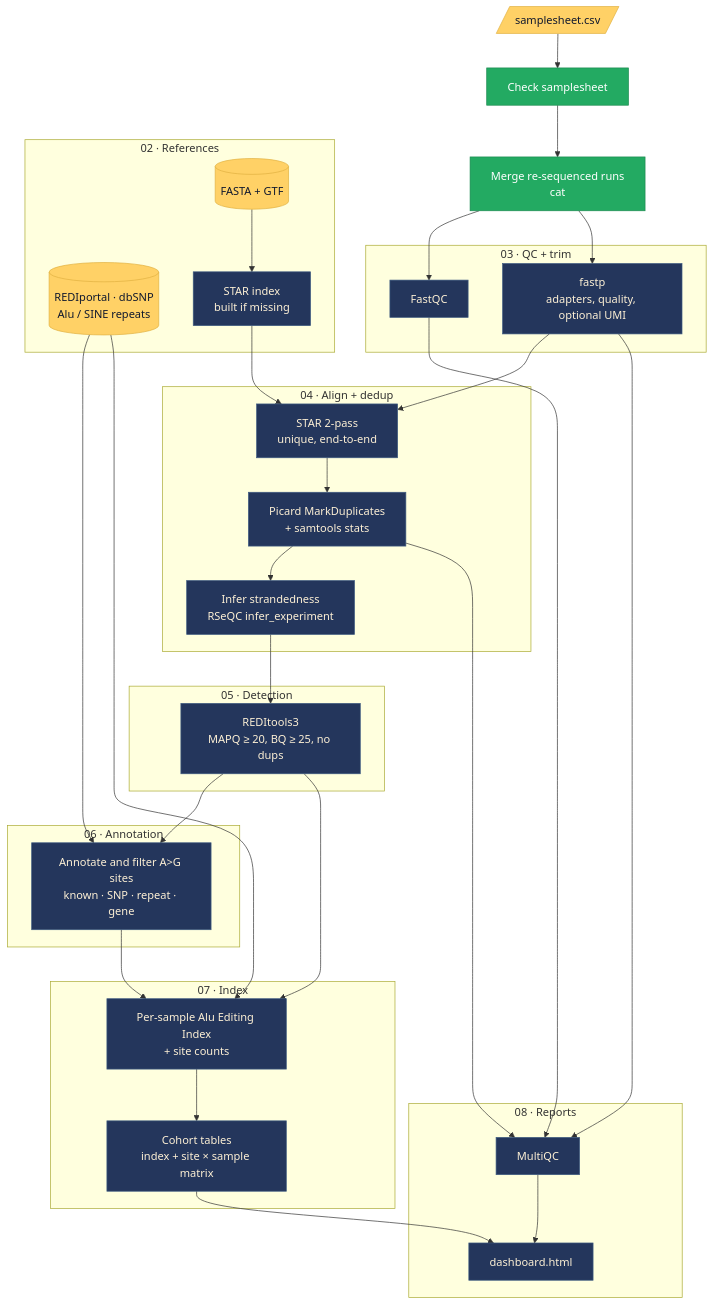
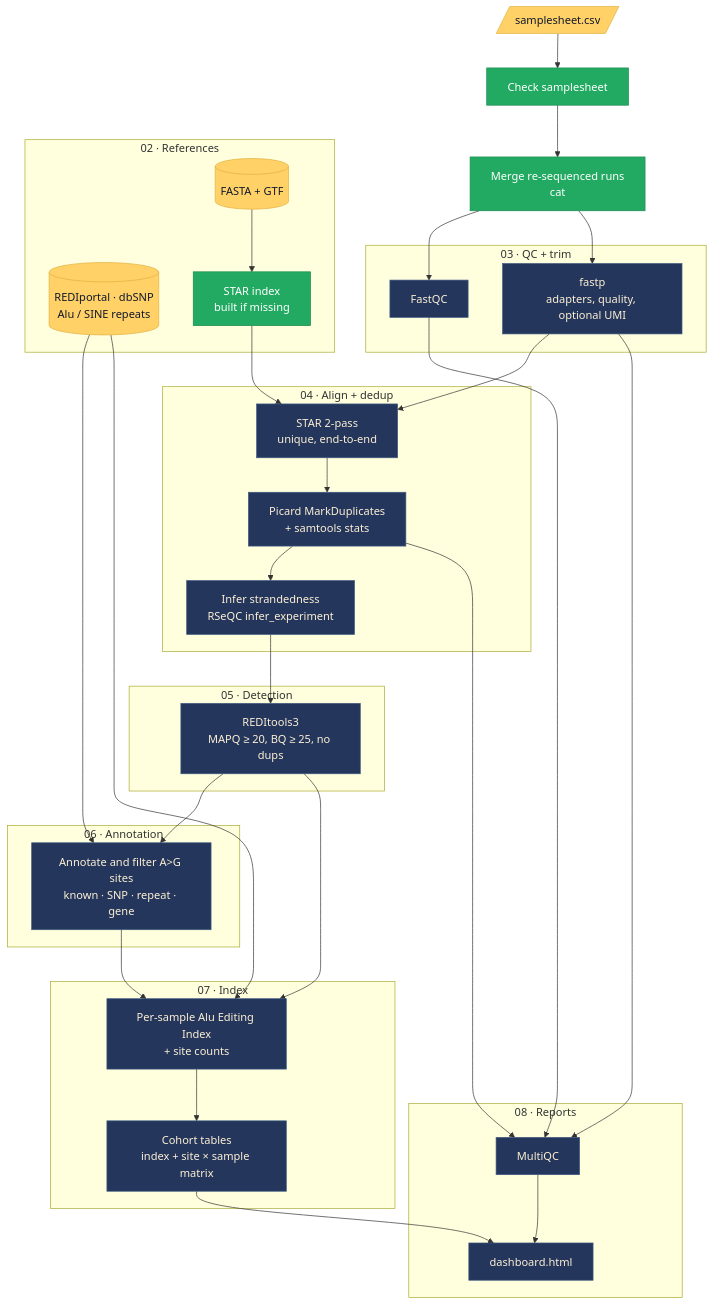
One commit to bioinfo-fiend/adarable changed the diagram in README.md. Above: the diagram before and after it, drawn with Mermaid. The commit also changed other lines of this file and 11 other files, not shown here.

````diff
--- a/README.md
+++ b/README.md
@@ -19,64 +19,64 @@
 ```mermaid
 flowchart TD
     sheet[/"samplesheet.csv"/] --> check["Check samplesheet"]
     check --> cat["Merge re-sequenced runs<br/>cat"]
 
     subgraph qc ["03 · QC + trim"]
         fastqc["FastQC"]
         fastp["fastp<br/>adapters, quality, optional UMI"]
     end
     cat --> fastqc
     cat --> fastp
 
     subgraph refs ["02 · References"]
         fasta[("FASTA + GTF")]
         known[("REDIportal · dbSNP<br/>Alu / SINE repeats")]
         index["STAR index<br/>built if missing"]
     end
     fasta --> index
 
     subgraph align ["04 · Align + dedup"]
         star["STAR 2-pass<br/>unique, end-to-end"]
         markdup["Picard MarkDuplicates<br/>+ samtools stats"]
         strand["Infer strandedness<br/>RSeQC infer_experiment"]
     end
     fastp --> star
     index --> star
     star --> markdup --> strand
 
     subgraph detect ["05 · Detection"]
         redi["REDItools3<br/>MAPQ ≥ 20, BQ ≥ 25, no dups"]
     end
     strand --> redi
 
     subgraph annot ["06 · Annotation"]
         ann["Annotate and filter A>G sites<br/>known · SNP · repeat · gene"]
     end
     redi --> ann
     known --> ann
 
     subgraph index_ ["07 · Index"]
         aei["Per-sample Alu Editing Index<br/>+ site counts"]
         cohort["Cohort tables<br/>index + site × sample matrix"]
     end
     redi --> aei
     known --> aei
     ann --> aei --> cohort
 
     subgraph report ["08 · Reports"]
         mqc["MultiQC"]
         dash["dashboard.html"]
     end
     fastqc --> mqc
     fastp --> mqc
     markdup --> mqc
     cohort --> dash
     mqc --> dash
 
     classDef done fill:#23aa62,stroke:#1b8a4f,color:#fff
     classDef todo fill:#24365c,stroke:#3d5a80,color:#fdf0d5
     classDef data fill:#ffd166,stroke:#e0b040,color:#11192e
-    class check,cat done
-    class fastqc,fastp,index,star,markdup,strand,redi,ann,aei,cohort,mqc,dash todo
+    class check,cat,index done
+    class fastqc,fastp,star,markdup,strand,redi,ann,aei,cohort,mqc,dash todo
     class sheet,fasta,known data
 ```
````
